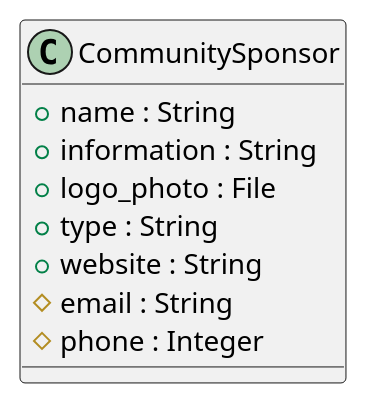
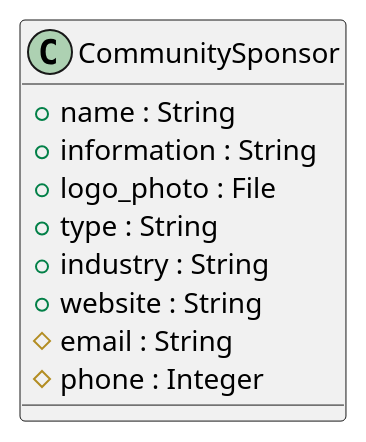
The diagram in docs/source/backend/communitysponsor.puml (macagua/scrumlatamcomunidad.backend), drawn with PlantUML before and after one commit. The commit also changed 7 other files, not shown here.

```diff
--- a/docs/source/backend/communitysponsor.puml
+++ b/docs/source/backend/communitysponsor.puml
@@ -1,11 +1,12 @@
 @startuml
 class CommunitySponsor {
    +name : String
    +information : String
    +logo_photo : File
    +type : String
+   +industry : String
    +website : String
    #email : String
    #phone : Integer
 }
 @enduml
```
